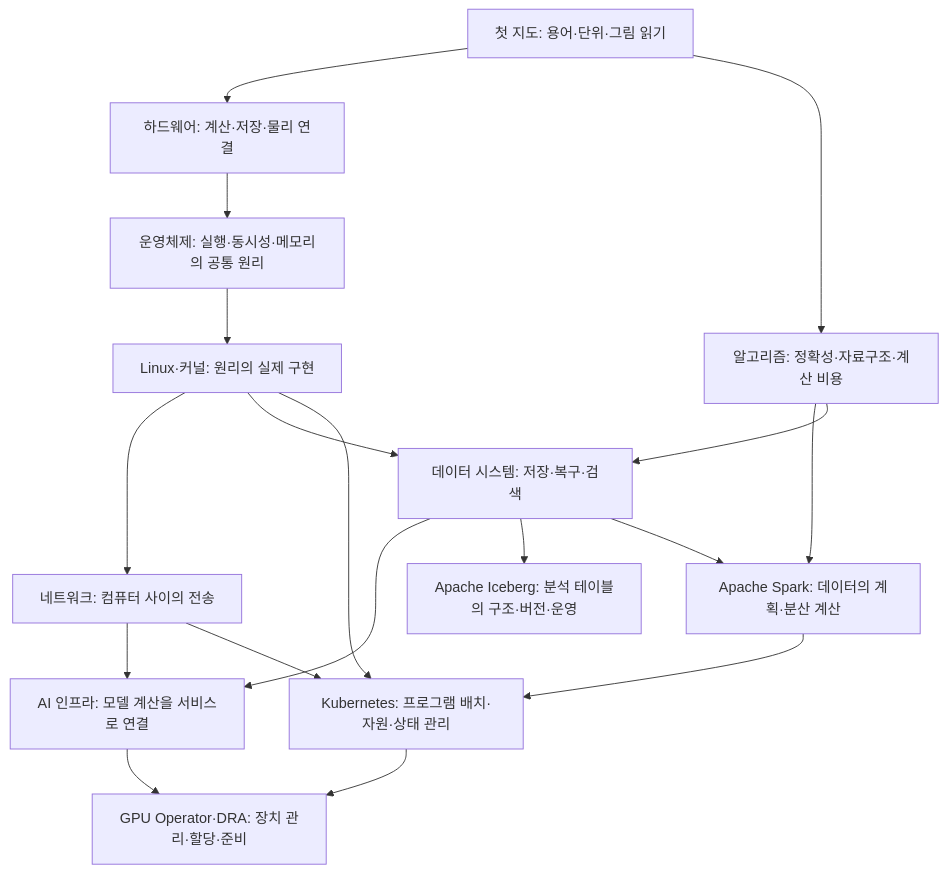
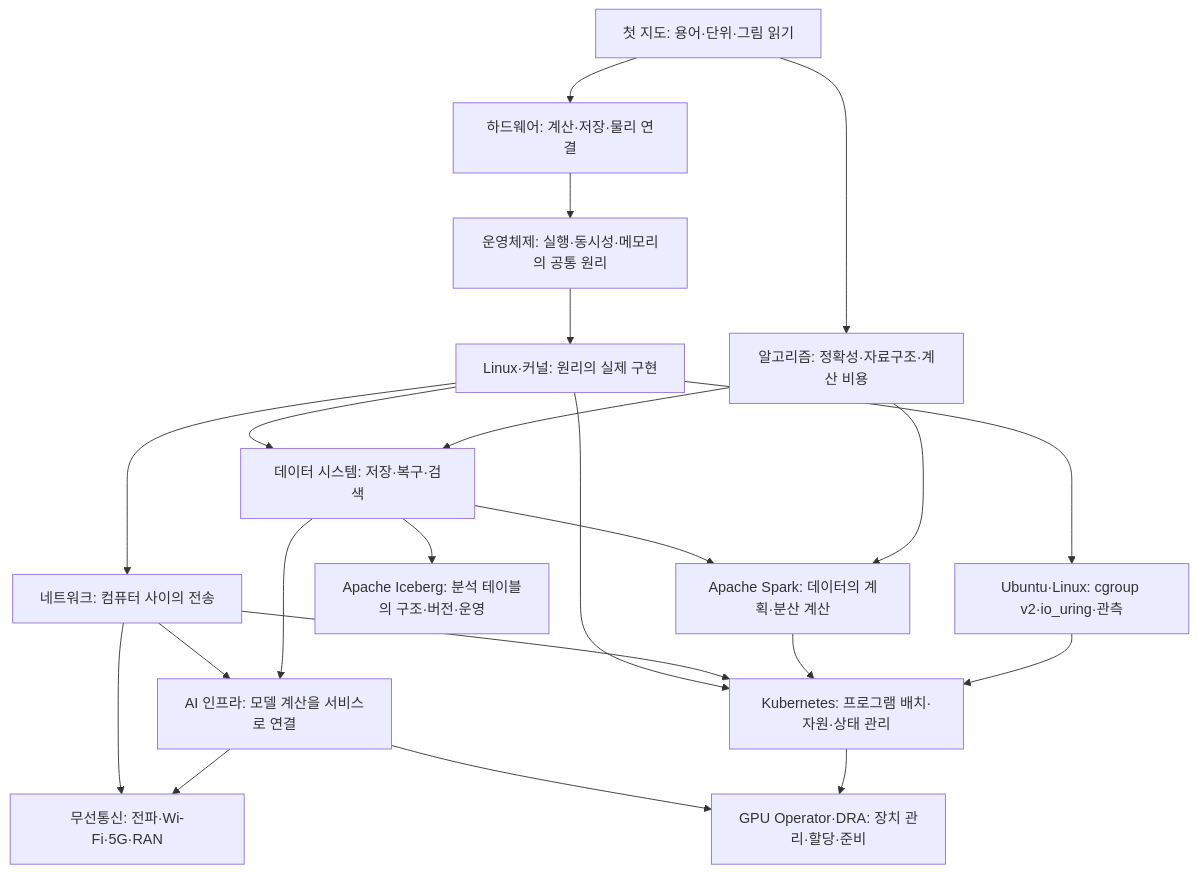
One commit to mj006648/netai-devsecops-runbook changed the diagram in learning/README.md. Above: the diagram before and after it, drawn with Mermaid. The commit also changed other lines of this file and 69 other files, not shown here.

````diff
--- a/learning/README.md
+++ b/learning/README.md
@@ -31,20 +33,24 @@
 ```mermaid
 flowchart TD
     Start["첫 지도: 용어·단위·그림 읽기"] --> Hardware["하드웨어: 계산·저장·물리 연결"]
     Hardware --> Theory["운영체제: 실행·동시성·메모리의 공통 원리"]
     Theory --> OS["Linux·커널: 원리의 실제 구현"]
     Start --> Algo["알고리즘: 정확성·자료구조·계산 비용"]
     OS --> Network["네트워크: 컴퓨터 사이의 전송"]
+    OS --> Internals["Ubuntu·Linux: cgroup v2·io_uring·관측"]
+    Network --> Wireless["무선통신: 전파·Wi-Fi·5G·RAN"]
     OS --> Data["데이터 시스템: 저장·복구·검색"]
     Network --> AI["AI 인프라: 모델 계산을 서비스로 연결"]
     Data --> AI
     Data --> Iceberg["Apache Iceberg: 분석 테이블의 구조·버전·운영"]
     Data --> Spark["Apache Spark: 데이터의 계획·분산 계산"]
     Algo --> Spark
     Algo --> Data
     OS --> K8s["Kubernetes: 프로그램 배치·자원·상태 관리"]
     Network --> K8s
     Spark --> K8s
     AI --> GPU["GPU Operator·DRA: 장치 관리·할당·준비"]
     K8s --> GPU
+    AI --> Wireless
+    Internals --> K8s
 ```
````
